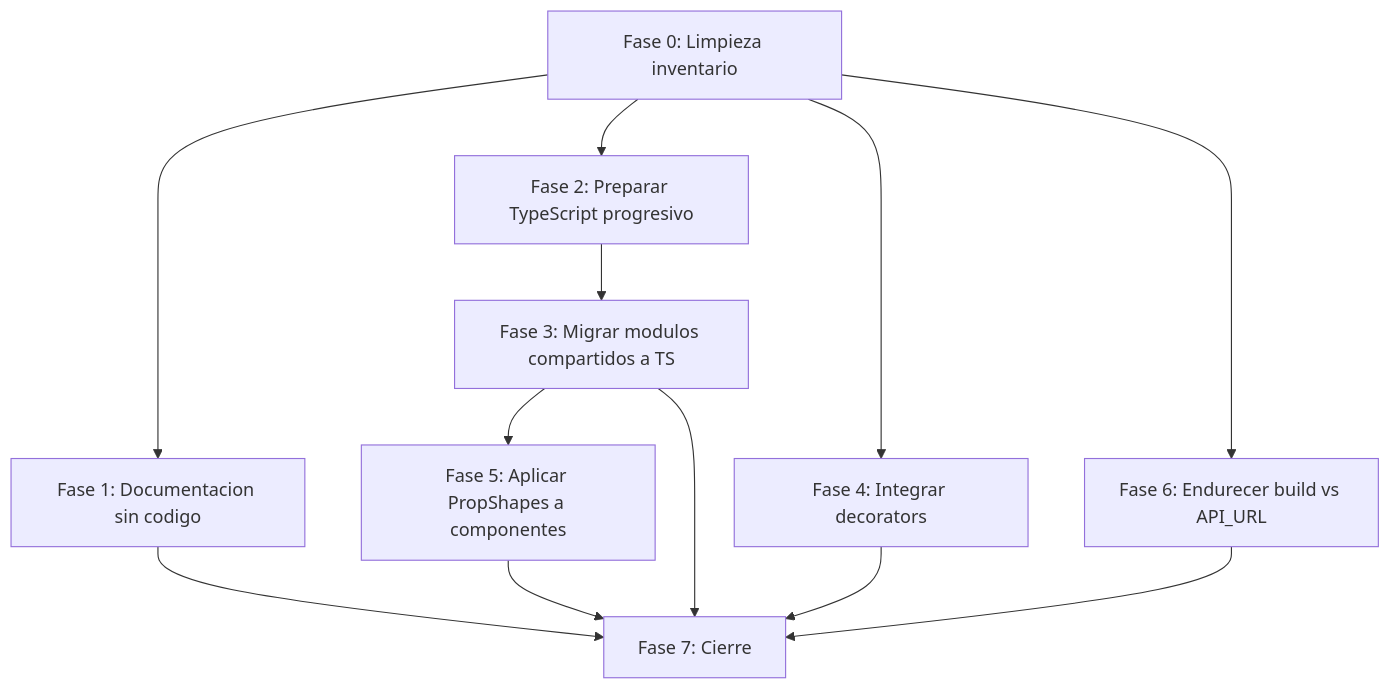
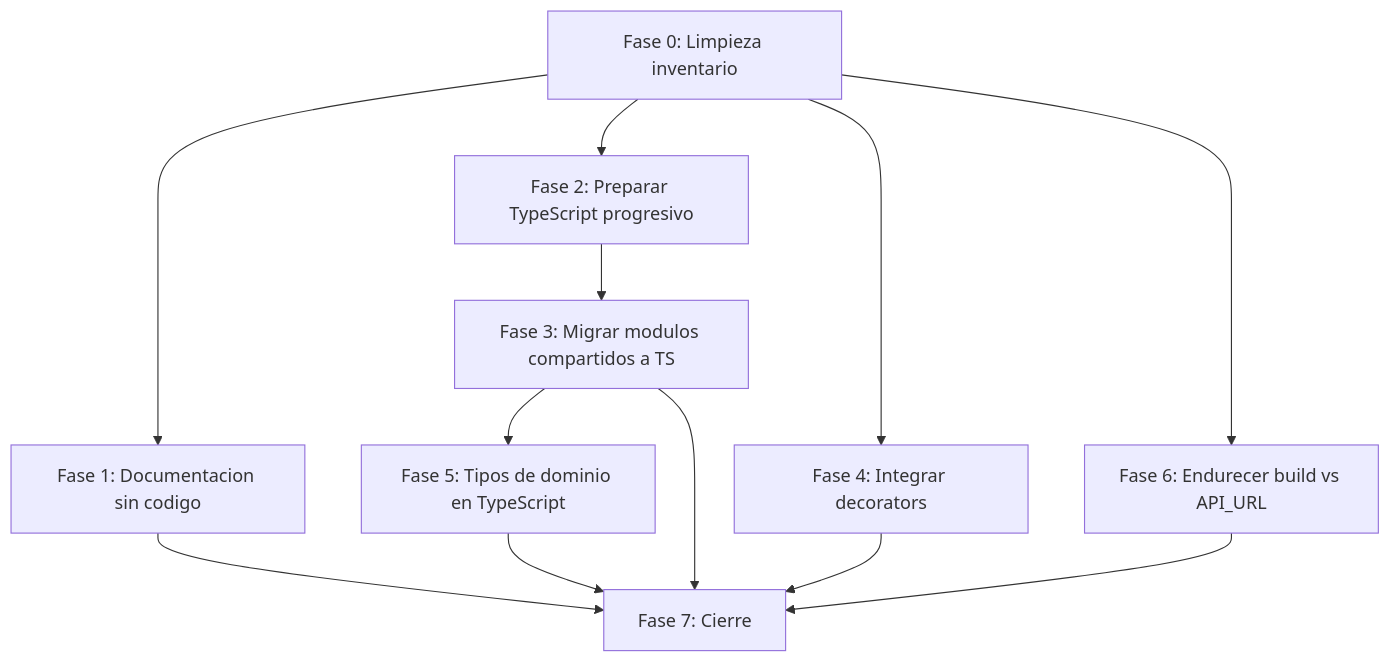
The diagram in docs/pm/iniciativas/resolver-hallazgos-de-deuda-del-template/plan-resolver-hallazgos-de-deuda-del-template.md (jcg-admin/template-ecommerce-ui), drawn with Mermaid before and after one commit. The commit also changed other lines of this file and 3 other files, not shown here.

````diff
--- a/docs/pm/iniciativas/resolver-hallazgos-de-deuda-del-template/plan-resolver-hallazgos-de-deuda-del-template.md
+++ b/docs/pm/iniciativas/resolver-hallazgos-de-deuda-del-template/plan-resolver-hallazgos-de-deuda-del-template.md
@@ -41,14 +41,14 @@
 ```mermaid
 flowchart TD
     F0[Fase 0: Limpieza inventario] --> F1[Fase 1: Documentacion sin codigo]
     F0 --> F2[Fase 2: Preparar TypeScript progresivo]
     F2 --> F3[Fase 3: Migrar modulos compartidos a TS]
-    F3 --> F5[Fase 5: Aplicar PropShapes a componentes]
+    F3 --> F5[Fase 5: Tipos de dominio en TypeScript]
     F0 --> F4[Fase 4: Integrar decorators]
     F0 --> F6deploy[Fase 6: Endurecer build vs API_URL]
     F1 --> F7[Fase 7: Cierre]
     F3 --> F7
     F4 --> F7
     F5 --> F7
     F6deploy --> F7
 ```
````
